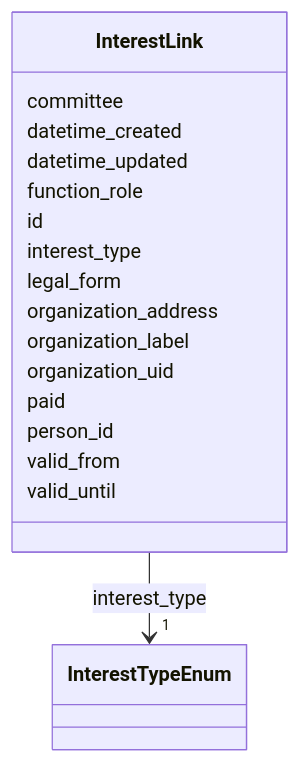
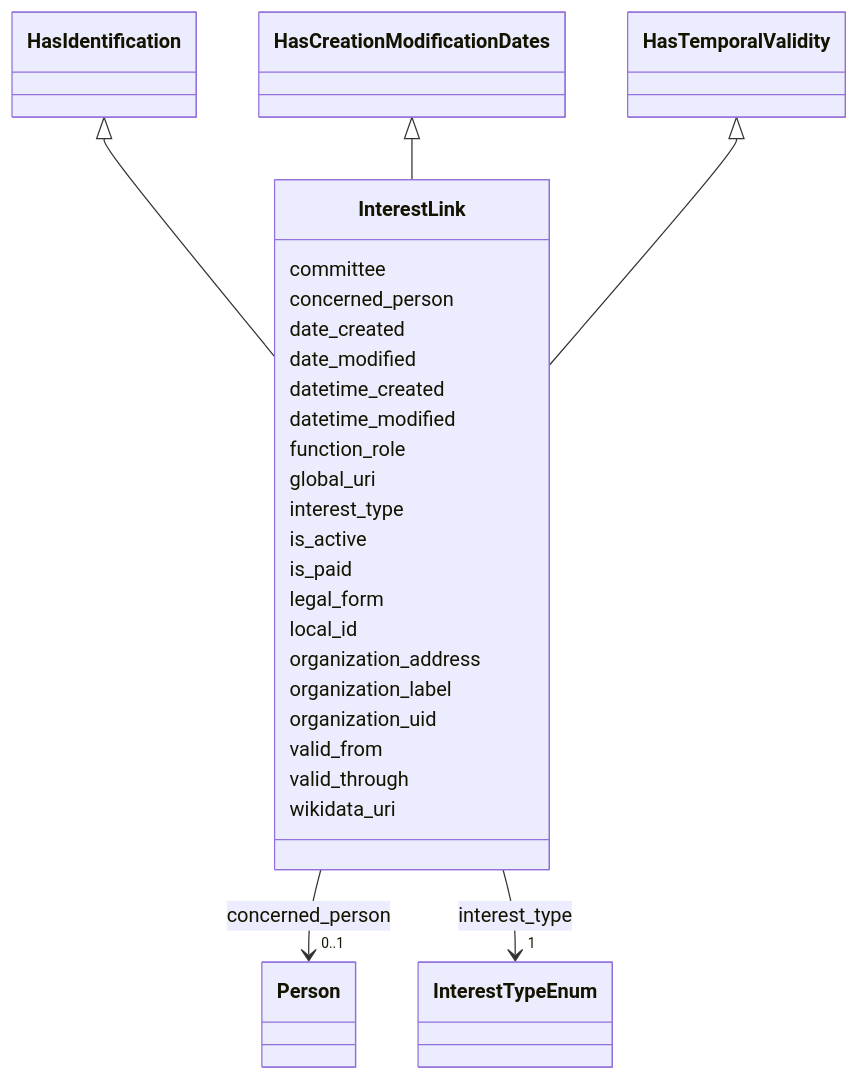
One commit to swiss/political-affairs-ech-group changed the diagram in ech-0294_actors/output/docs/InterestLink.md. Above: the diagram before and after it, drawn with Mermaid. The commit also changed other lines of this file and 176 other files, not shown here.

````diff
--- a/ech-0294_actors/output/docs/InterestLink.md
+++ b/ech-0294_actors/output/docs/InterestLink.md
@@ -22,43 +22,69 @@
 ```mermaid
  classDiagram
     class InterestLink
     click InterestLink href "../InterestLink/"
+      HasIdentification <|-- InterestLink
+        click HasIdentification href "../HasIdentification/"
+      HasCreationModificationDates <|-- InterestLink
+        click HasCreationModificationDates href "../HasCreationModificationDates/"
+      HasTemporalValidity <|-- InterestLink
+        click HasTemporalValidity href "../HasTemporalValidity/"
+      
       InterestLink : committee
+        
+      InterestLink : concerned_person
+        
+          
+    
+        
+        
+        InterestLink --> "0..1" Person : concerned_person
+        click Person href "../Person/"
+    
+
+        
+      InterestLink : date_created
+        
+      InterestLink : date_modified
         
       InterestLink : datetime_created
         
-      InterestLink : datetime_updated
+      InterestLink : datetime_modified
         
       InterestLink : function_role
         
-      InterestLink : id
+      InterestLink : global_uri
         
       InterestLink : interest_type
         
           
     
         
         
         InterestLink --> "1" InterestTypeEnum : interest_type
         click InterestTypeEnum href "../InterestTypeEnum/"
     
 
         
+      InterestLink : is_active
+        
+      InterestLink : is_paid
+        
       InterestLink : legal_form
+        
+      InterestLink : local_id
         
       InterestLink : organization_address
         
       InterestLink : organization_label
         
       InterestLink : organization_uid
         
-      InterestLink : paid
-        
-      InterestLink : person_id
-        
       InterestLink : valid_from
         
-      InterestLink : valid_until
+      InterestLink : valid_through
+        
+      InterestLink : wikidata_uri
         
       
 ```
````
